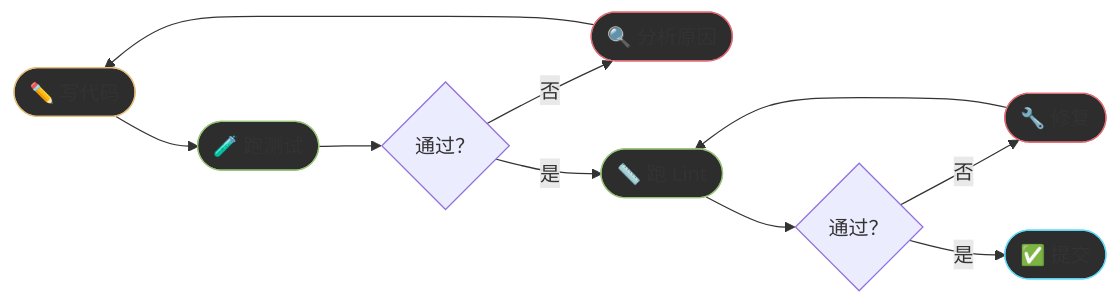
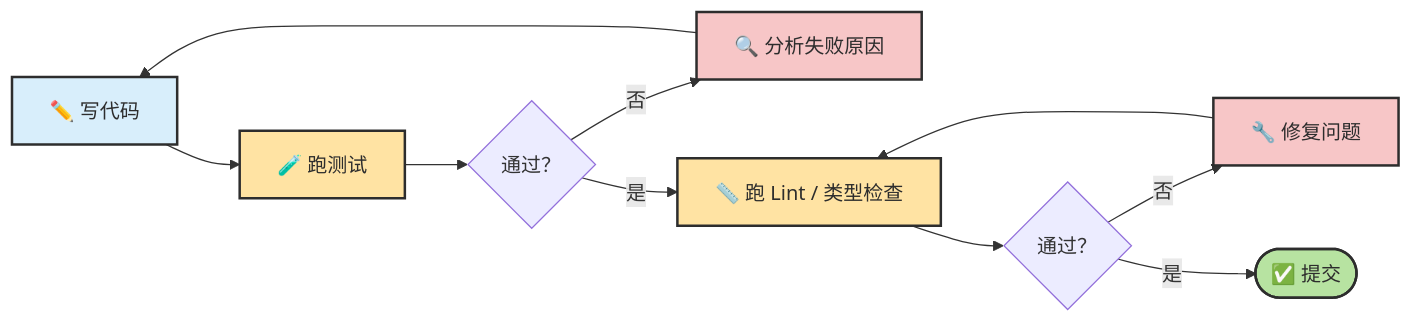
The seventh of 7 diagrams in docs/chapters/ch09-engineering.md (zht043/AgenticCodingTutorial), drawn with Mermaid before and after one commit. The commit also changed other lines of this file and 69 other files, not shown here.

Commit message:
optimize docs and add mermaid validation

````diff
--- a/docs/chapters/ch09-engineering.md
+++ b/docs/chapters/ch09-engineering.md
@@ -550,17 +412,17 @@
 ```mermaid
 flowchart LR
-    classDef gen fill:#2d2d2d,stroke:#e5c07b
-    classDef verify fill:#2d2d2d,stroke:#98c379
-    classDef fix fill:#2d2d2d,stroke:#e06c75
-    classDef done fill:#2d2d2d,stroke:#61dafb
+    classDef gen fill:#d8eefb,stroke:#2d2d2d,stroke-width:2px,color:#2d2d2d
+    classDef verify fill:#ffe3a3,stroke:#2d2d2d,stroke-width:2px,color:#2d2d2d
+    classDef fix fill:#f7c6c7,stroke:#2d2d2d,stroke-width:2px,color:#2d2d2d
+    classDef done fill:#b7e3a1,stroke:#2d2d2d,stroke-width:2px,color:#2d2d2d
 
-    Write(["✏️ 写代码"]):::gen --> Run(["🧪 跑测试"]):::verify
-    Run --> Pass{通过？}
-    Pass -->|否| Analyze(["🔍 分析原因"]):::fix
+    Write["✏️ 写代码"]:::gen --> Run["🧪 跑测试"]:::verify
+    Run --> Pass{"通过？"}
+    Pass -->|否| Analyze["🔍 分析失败原因"]:::fix
     Analyze --> Write
-    Pass -->|是| Lint(["📏 跑 Lint"]):::verify
-    Lint --> LintPass{通过？}
-    LintPass -->|否| FixLint(["🔧 修复"]):::fix
+    Pass -->|是| Lint["📏 跑 Lint / 类型检查"]:::verify
+    Lint --> LintPass{"通过？"}
+    LintPass -->|否| FixLint["🔧 修复问题"]:::fix
     FixLint --> Lint
     LintPass -->|是| Done(["✅ 提交"]):::done
 ```
````
